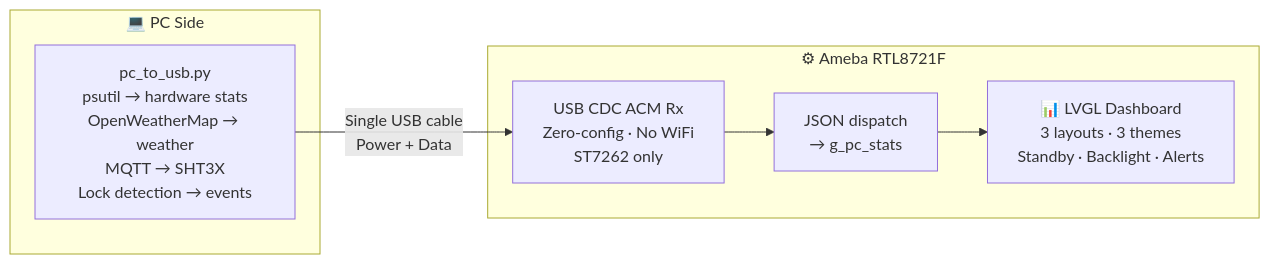
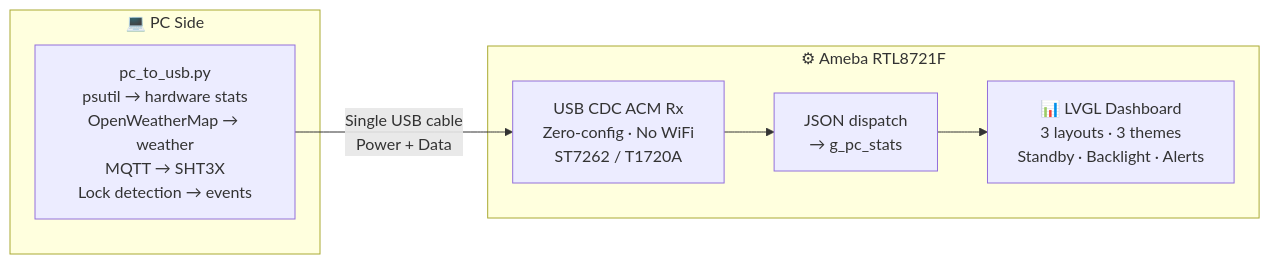
Before and after one commit to yangdavid988/mcu-pc-dashboard: the first of 2 diagrams in README.md, drawn with Mermaid. The commit also changed other lines of this file and 35 other files, not shown here.

````diff
--- a/README.md
+++ b/README.md
@@ -109,16 +114,16 @@
 ```mermaid
 flowchart LR
     subgraph PC_USB["💻 PC Side"]
         HW_USB["pc_to_usb.py\npsutil → hardware stats\nOpenWeatherMap → weather\nMQTT → SHT3X\nLock detection → events"]
     end
 
     subgraph MCU_USB["⚙ Ameba RTL8721F"]
-        USB_RX["USB CDC ACM Rx\nZero-config · No WiFi\nST7262 only"]
+        USB_RX["USB CDC ACM Rx\nZero-config · No WiFi\nST7262 / T1720A"]
         JSON_USB["JSON dispatch\n→ g_pc_stats"]
         UI_USB["📊 LVGL Dashboard\n3 layouts · 3 themes\nStandby · Backlight · Alerts"]
     end
 
     HW_USB -->|Single USB cable\nPower + Data| USB_RX
     USB_RX --> JSON_USB
     JSON_USB --> UI_USB
 ```
````
